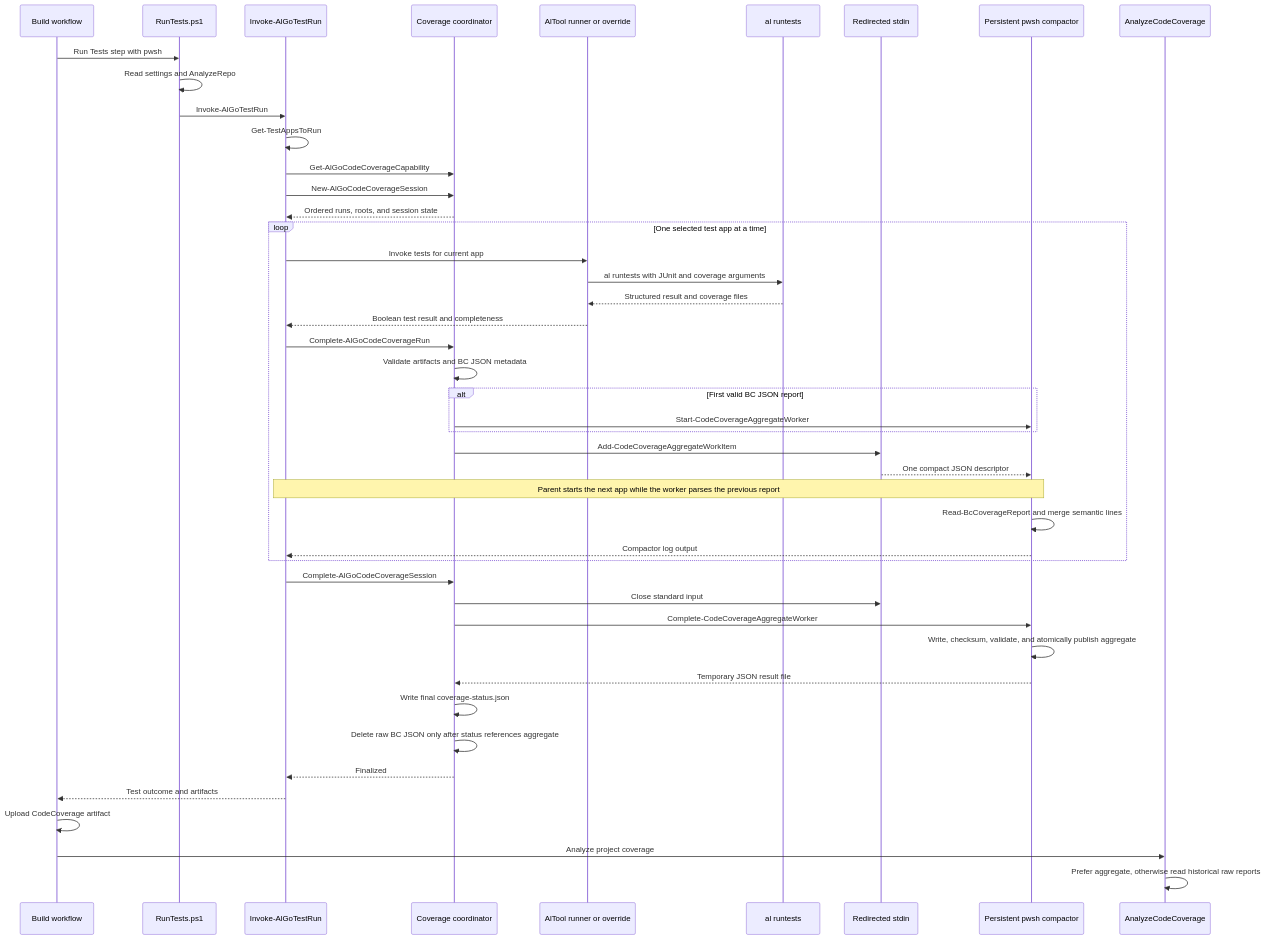
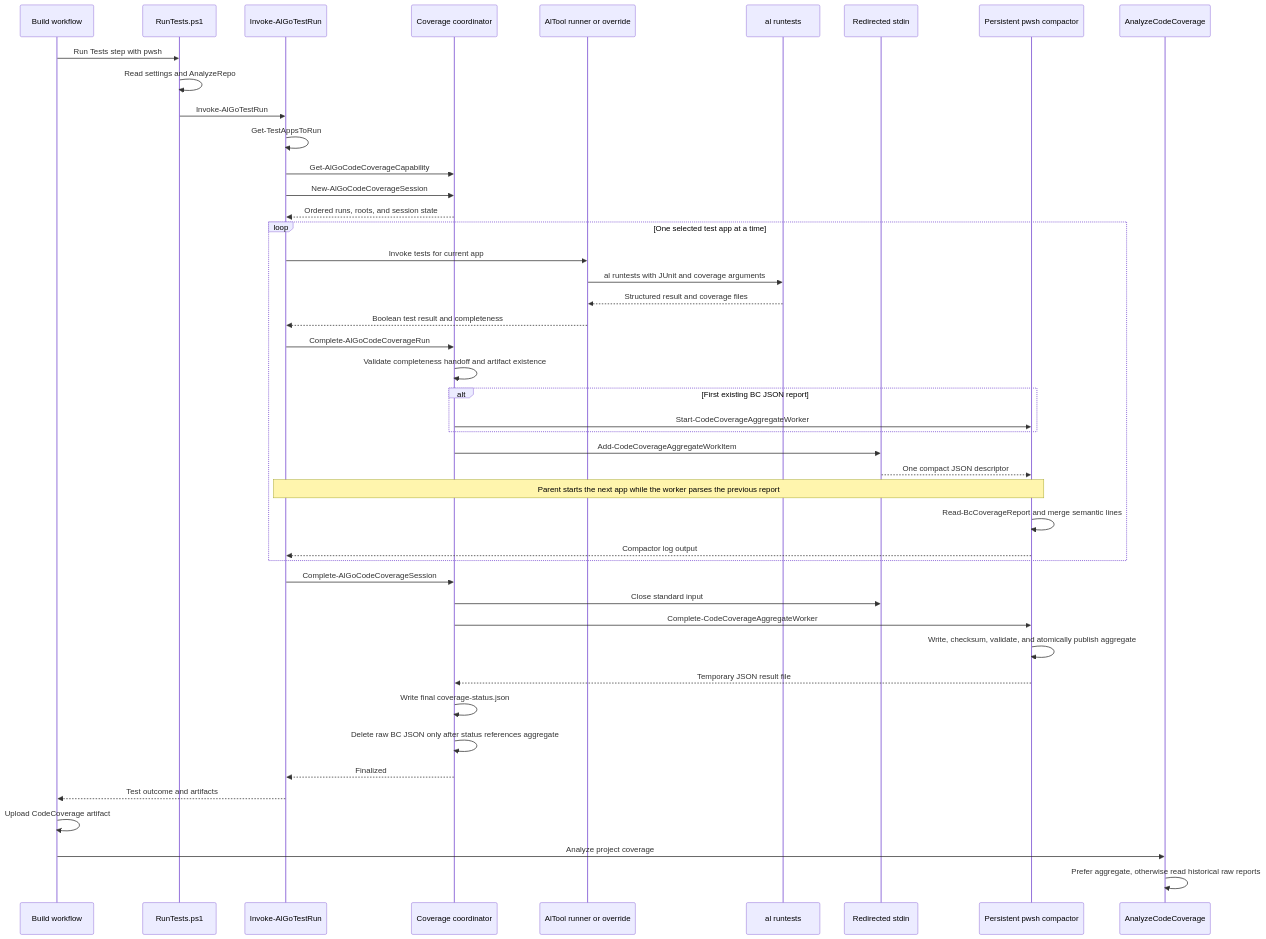
The second of 2 diagrams in Actions/RunTests/CodeCoverageArchitecture.md (microsoft/AL-Go), drawn with Mermaid before and after one commit. The commit also changed other lines of this file and 8 other files, not shown here.

````diff
--- a/Actions/RunTests/CodeCoverageArchitecture.md
+++ b/Actions/RunTests/CodeCoverageArchitecture.md
@@ -61,50 +61,50 @@
 ```mermaid
 sequenceDiagram
     participant Workflow as Build workflow
     participant Entry as RunTests.ps1
     participant RunTests as Invoke-AlGoTestRun
     participant Coordinator as Coverage coordinator
     participant Runner as AlTool runner or override
     participant AlTool as al runtests
     participant Pipe as Redirected stdin
     participant Worker as Persistent pwsh compactor
     participant Analyzer as AnalyzeCodeCoverage
 
     Workflow->>Entry: Run Tests step with pwsh
     Entry->>Entry: Read settings and AnalyzeRepo
     Entry->>RunTests: Invoke-AlGoTestRun
     RunTests->>RunTests: Get-TestAppsToRun
     RunTests->>Coordinator: Get-AlGoCodeCoverageCapability
     RunTests->>Coordinator: New-AlGoCodeCoverageSession
     Coordinator-->>RunTests: Ordered runs, roots, and session state
 
     loop One selected test app at a time
         RunTests->>Runner: Invoke tests for current app
         Runner->>AlTool: al runtests with JUnit and coverage arguments
         AlTool-->>Runner: Structured result and coverage files
         Runner-->>RunTests: Boolean test result and completeness
         RunTests->>Coordinator: Complete-AlGoCodeCoverageRun
-        Coordinator->>Coordinator: Validate artifacts and BC JSON metadata
-        alt First valid BC JSON report
+        Coordinator->>Coordinator: Validate completeness handoff and artifact existence
+        alt First existing BC JSON report
             Coordinator->>Worker: Start-CodeCoverageAggregateWorker
         end
         Coordinator->>Pipe: Add-CodeCoverageAggregateWorkItem
         Pipe-->>Worker: One compact JSON descriptor
         Note over RunTests,Worker: Parent starts the next app while the worker parses the previous report
         Worker->>Worker: Read-BcCoverageReport and merge semantic lines
         Worker-->>RunTests: Compactor log output
     end
 
     RunTests->>Coordinator: Complete-AlGoCodeCoverageSession
     Coordinator->>Pipe: Close standard input
     Coordinator->>Worker: Complete-CodeCoverageAggregateWorker
     Worker->>Worker: Write, checksum, validate, and atomically publish aggregate
     Worker-->>Coordinator: Temporary JSON result file
     Coordinator->>Coordinator: Write final coverage-status.json
     Coordinator->>Coordinator: Delete raw BC JSON only after status references aggregate
     Coordinator-->>RunTests: Finalized
     RunTests-->>Workflow: Test outcome and artifacts
     Workflow->>Workflow: Upload CodeCoverage artifact
     Workflow->>Analyzer: Analyze project coverage
     Analyzer->>Analyzer: Prefer aggregate, otherwise read historical raw reports
 ```
````
